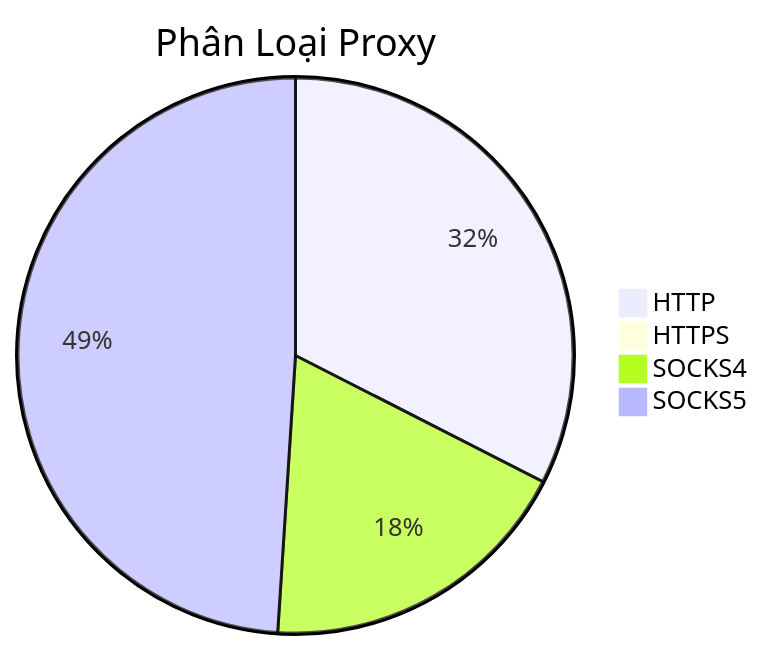
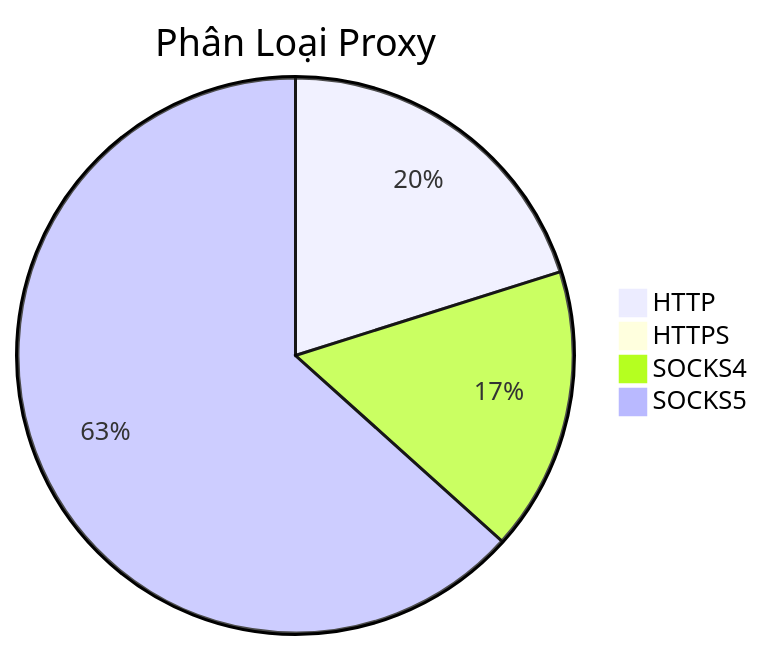
Before and after one commit to Ciara-12/PROXY-free: the diagram in README.md, drawn with Mermaid. The commit also changed other lines of this file and 3 other files, not shown here.

````diff
--- a/README.md
+++ b/README.md
@@ -26,7 +26,7 @@
 ```mermaid
 pie title Phân Loại Proxy
-    "HTTP" : 669
+    "HTTP" : 414
     "HTTPS" : 3
-    "SOCKS4" : 381
-    "SOCKS5" : 1008
+    "SOCKS4" : 340
+    "SOCKS5" : 1303
 ```
````
